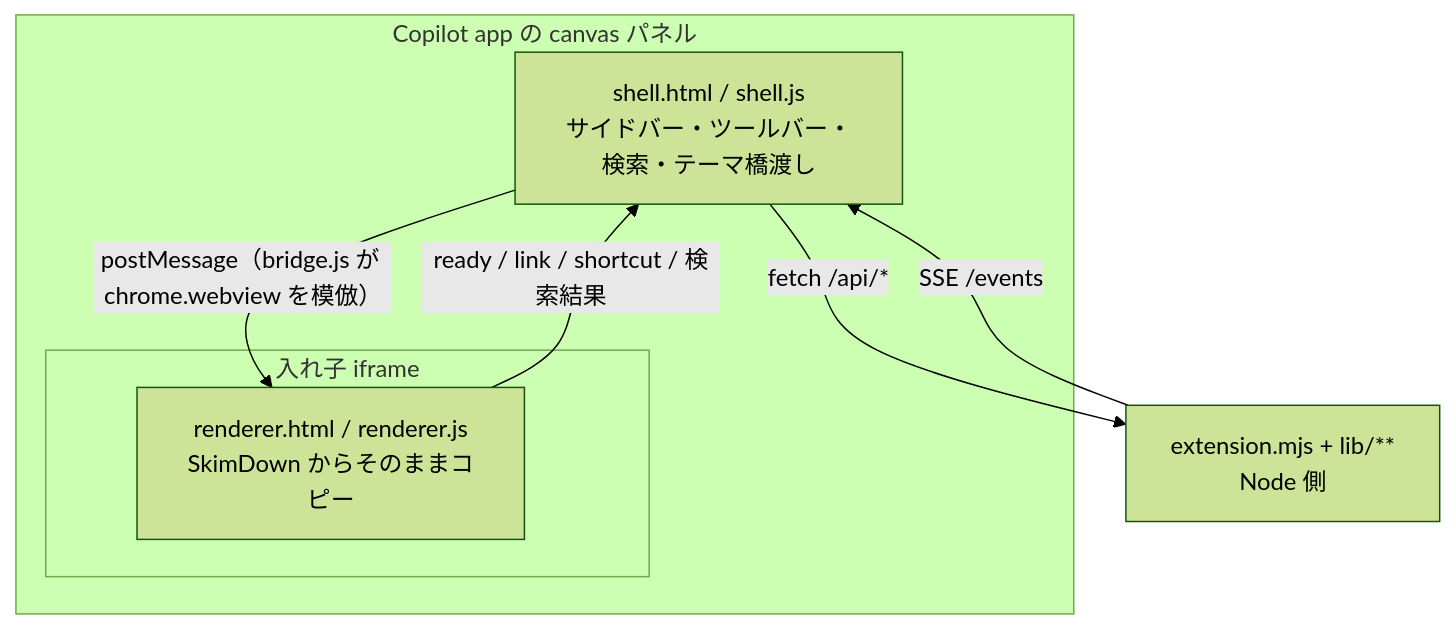
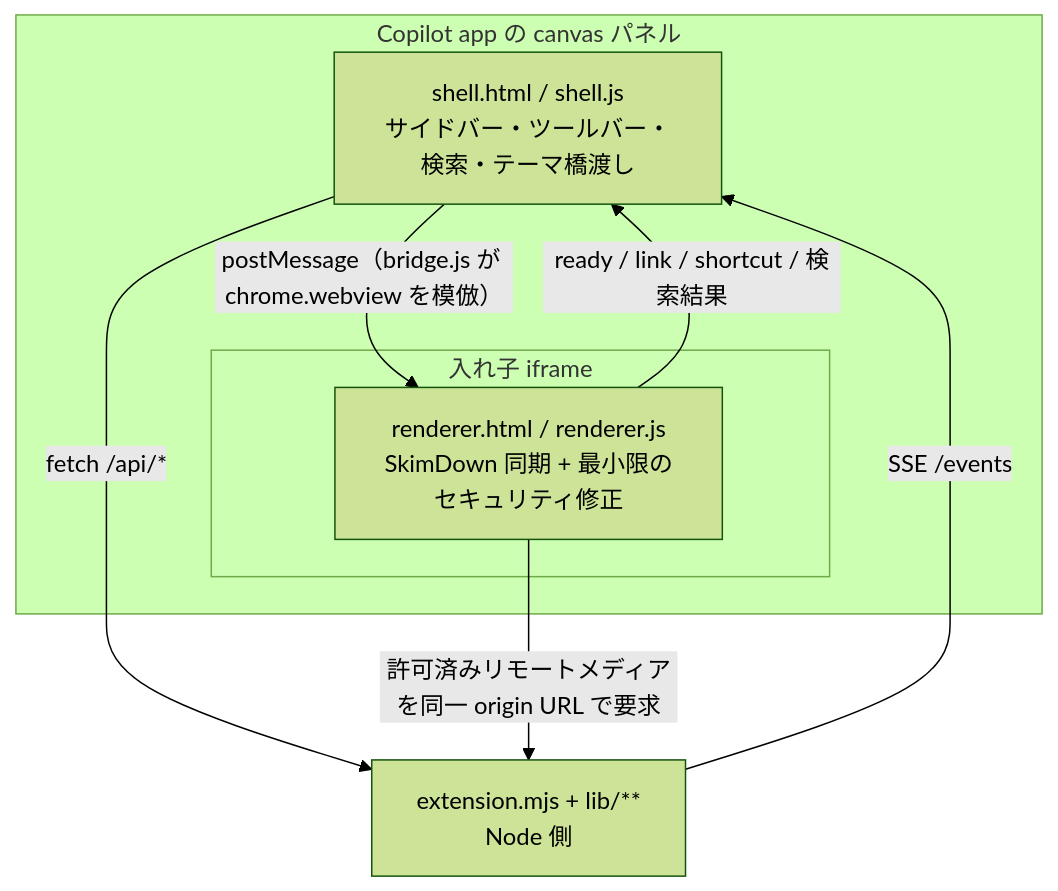
Before and after one commit to runceel/SkimDownForGitHubCopilotApp: the diagram in README.md, drawn with Mermaid (forest theme). The commit also changed other lines of this file and 12 other files, not shown here.

````diff
--- a/README.md
+++ b/README.md
@@ -73,15 +90,16 @@
 ```mermaid
 flowchart TB
     subgraph host["Copilot app の canvas パネル"]
         shell["shell.html / shell.js<br/>サイドバー・ツールバー・検索・テーマ橋渡し"]
         subgraph inner["入れ子 iframe"]
-            renderer["renderer.html / renderer.js<br/>SkimDown からそのままコピー"]
+            renderer["renderer.html / renderer.js<br/>SkimDown 同期 + 最小限のセキュリティ修正"]
         end
     end
     ext["extension.mjs + lib/**<br/>Node 側"]
 
     shell -- "postMessage（bridge.js が chrome.webview を模倣）" --> renderer
     renderer -- "ready / link / shortcut / 検索結果" --> shell
     shell -- "fetch /api/*" --> ext
     ext -- "SSE /events" --> shell
+    renderer -- "許可済みリモートメディアを同一 origin URL で要求" --> ext
 ```
````
